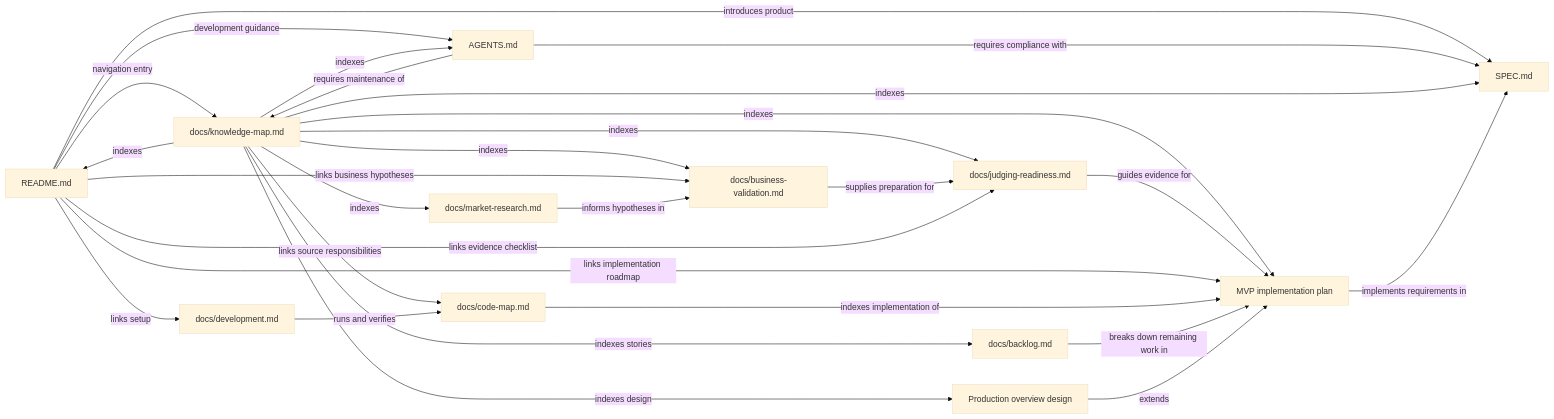
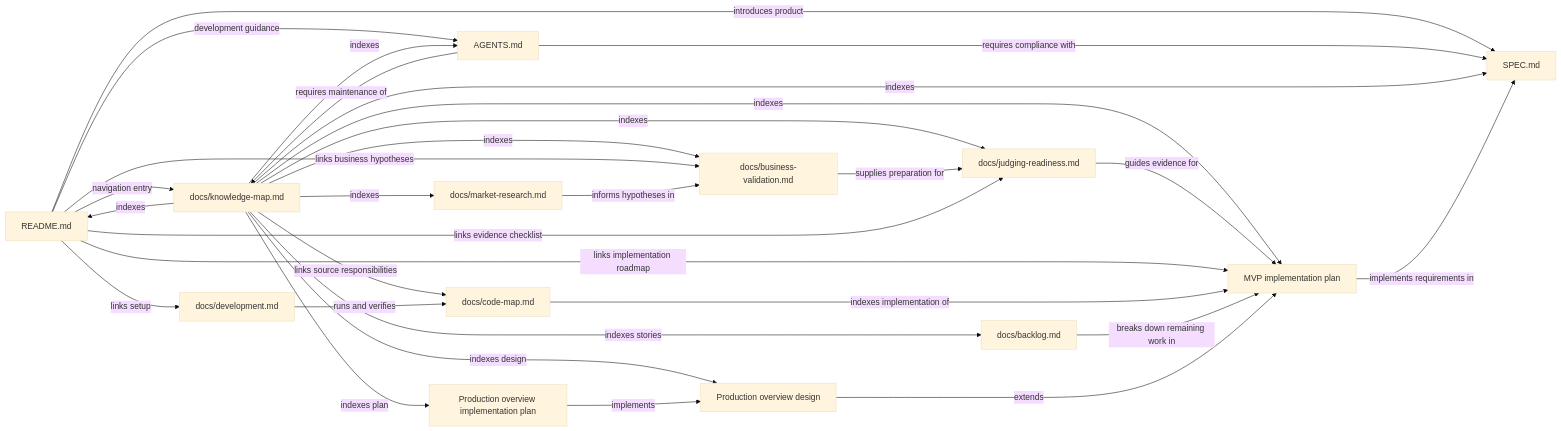
The diagram in docs/knowledge-map.md (DuztyMusketear/Print_Assist), drawn with Mermaid (base theme) before and after one commit. The commit also changed other lines of this file and 5 other files, not shown here.

````diff
--- a/docs/knowledge-map.md
+++ b/docs/knowledge-map.md
@@ -11,30 +11,32 @@
 ```mermaid
 graph LR
     README["README.md"] -->|introduces product| SPEC["SPEC.md"]
     README -->|navigation entry| MAP["docs/knowledge-map.md"]
     README -->|development guidance| RULES["AGENTS.md"]
     RULES -->|requires compliance with| SPEC
     RULES -->|requires maintenance of| MAP
     MAP -->|indexes| README
     MAP -->|indexes| SPEC
     MAP -->|indexes| RULES
     PLAN["MVP implementation plan"] -->|implements requirements in| SPEC
     MAP -->|indexes| PLAN
     JUDGING["docs/judging-readiness.md"] -->|guides evidence for| PLAN
     MAP -->|indexes| JUDGING
     BUSINESS["docs/business-validation.md"] -->|supplies preparation for| JUDGING
     MAP -->|indexes| BUSINESS
     README -->|links implementation roadmap| PLAN
     README -->|links evidence checklist| JUDGING
     README -->|links business hypotheses| BUSINESS
     RESEARCH["docs/market-research.md"] -->|informs hypotheses in| BUSINESS
     MAP -->|indexes| RESEARCH
     CODE["docs/code-map.md"] -->|indexes implementation of| PLAN
     MAP -->|links source responsibilities| CODE
     DEV["docs/development.md"] -->|runs and verifies| CODE
     README -->|links setup| DEV
     BACKLOG["docs/backlog.md"] -->|breaks down remaining work in| PLAN
     MAP -->|indexes stories| BACKLOG
     DESIGN["Production overview design"] -->|extends| PLAN
     MAP -->|indexes design| DESIGN
+    OVERVIEWPLAN["Production overview implementation plan"] -->|implements| DESIGN
+    MAP -->|indexes plan| OVERVIEWPLAN
 ```
````
